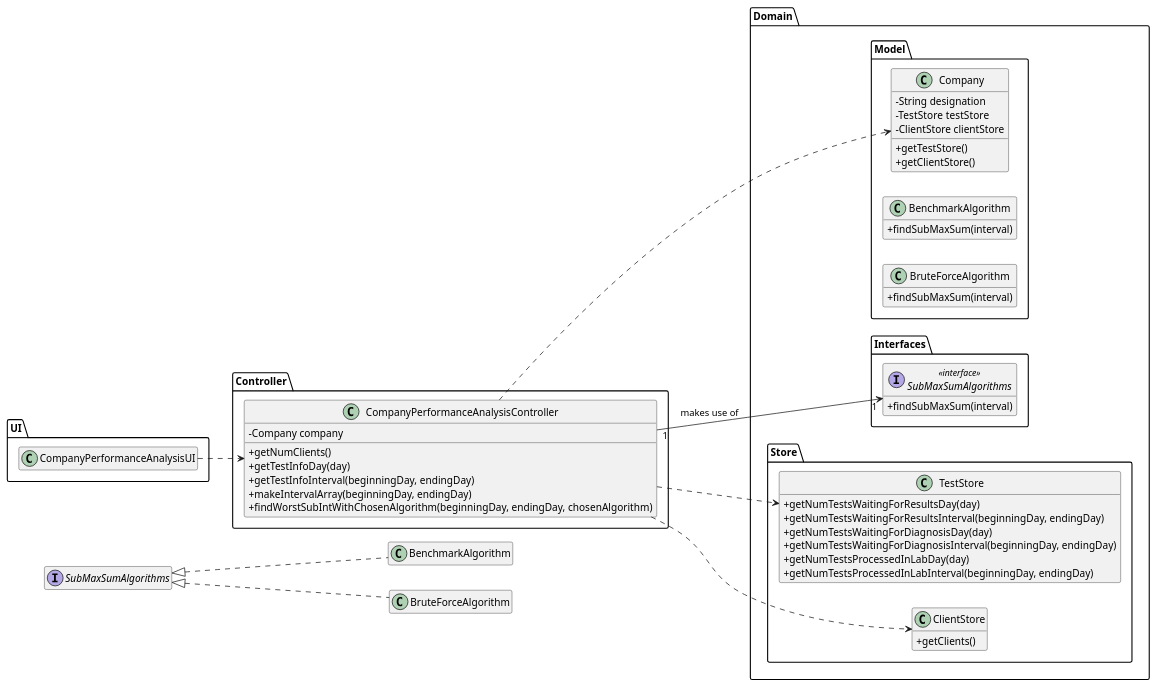
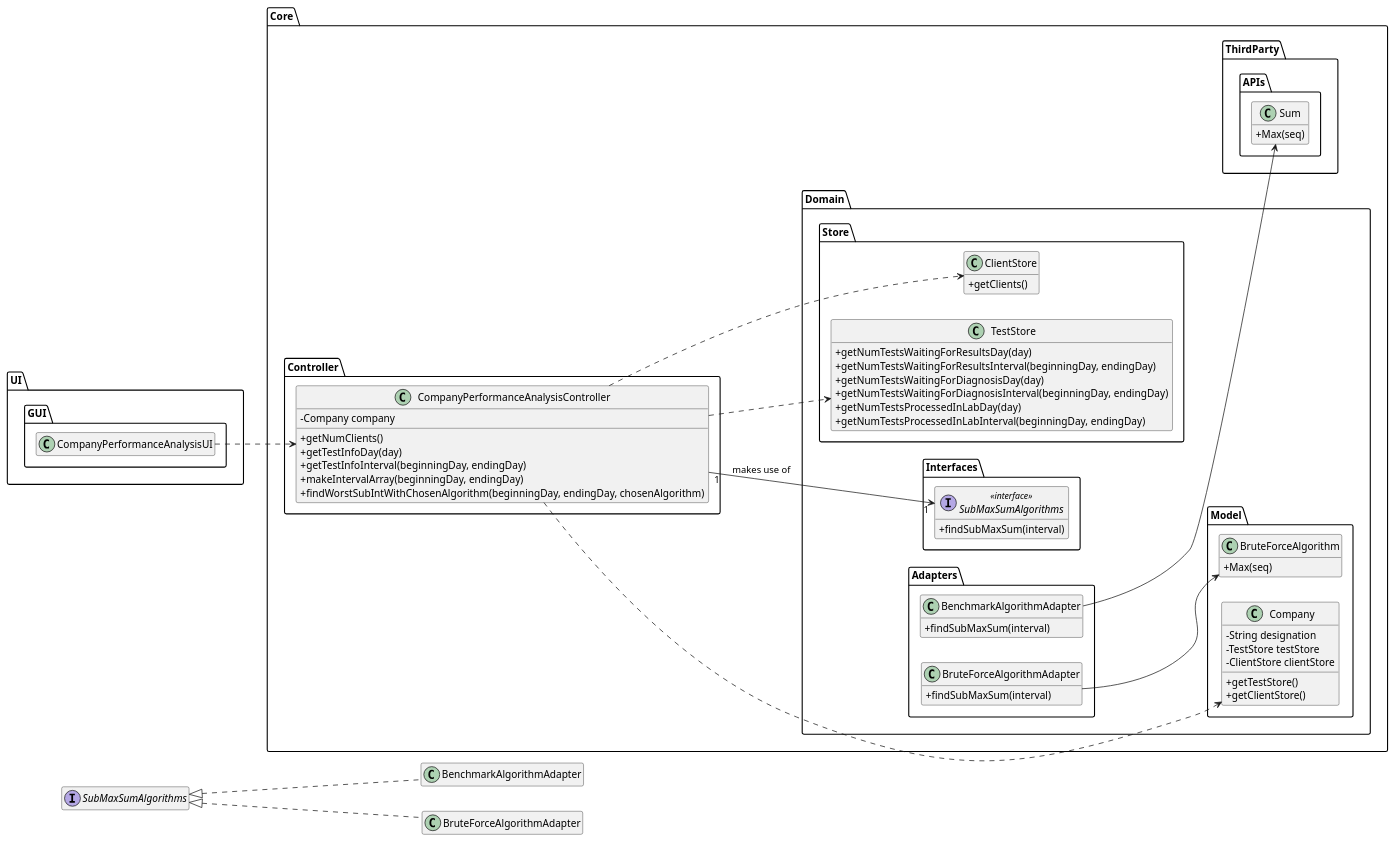
One commit to ana-albergaria/LAPR2-ISEP changed the diagram in docs/SprintD/US_16/US16_CD_WithPackages.puml. Above: the diagram before and after it, drawn with PlantUML. The commit also changed 8 other files, not shown here.

Commit message:
Updated US16 Diagrams and US16 Code.

```diff
--- a/docs/SprintD/US_16/US16_CD_WithPackages.puml
+++ b/docs/SprintD/US_16/US16_CD_WithPackages.puml
@@ -1,86 +1,116 @@
 @startuml
 'skinparam linetype ortho
 hide empty methods
 hide empty attributes
 left to right direction
 skinparam classAttributeIconSize 0
+
+package Core{
 
 package Domain {
 
 package Model{
 
 class Company {
     -String designation
     -TestStore testStore
     -ClientStore clientStore
     +getTestStore()
     +getClientStore()
 }
 
-class BenchmarkAlgorithm{
-    +findSubMaxSum(interval)
-}
-
 class BruteForceAlgorithm{
-    +findSubMaxSum(interval)
+    +Max(seq)
 }
 
 }
 
 package Interfaces {
 
 interface SubMaxSumAlgorithms <<interface>> {
     +findSubMaxSum(interval)
 }
 
 }
 
 package Store {
 
 class TestStore {
     +getNumTestsWaitingForResultsDay(day)
     +getNumTestsWaitingForResultsInterval(beginningDay, endingDay)
     +getNumTestsWaitingForDiagnosisDay(day)
     +getNumTestsWaitingForDiagnosisInterval(beginningDay, endingDay)
     +getNumTestsProcessedInLabDay(day)
     +getNumTestsProcessedInLabInterval(beginningDay, endingDay)
 }
 
 class ClientStore {
     +getClients()
 }
 
 }
 
+package Adapters{
+
+class BenchmarkAlgorithmAdapter{
+    +findSubMaxSum(interval)
+}
+
+class BruteForceAlgorithmAdapter{
+    +findSubMaxSum(interval)
+}
+
+}
+
 }
 
 package Controller {
 
 class CompanyPerformanceAnalysisController{
     -Company company
     +getNumClients()
     +getTestInfoDay(day)
     +getTestInfoInterval(beginningDay, endingDay)
     +makeIntervalArray(beginningDay, endingDay)
     +findWorstSubIntWithChosenAlgorithm(beginningDay, endingDay, chosenAlgorithm)
 }
 
 }
 
+package ThirdParty{
+
+package APIs {
+
+class Sum{
+    +Max(seq)
+}
+
+}
+
+}
+
+}
+
 package UI {
 
+package GUI{
+
 class CompanyPerformanceAnalysisUI{
+}
+
 }
 
 }
 
 CompanyPerformanceAnalysisUI ..> CompanyPerformanceAnalysisController
 CompanyPerformanceAnalysisController ..> Company
 CompanyPerformanceAnalysisController ..> ClientStore
 CompanyPerformanceAnalysisController ..> TestStore
 CompanyPerformanceAnalysisController "1" --> "1" SubMaxSumAlgorithms : makes use of
+BenchmarkAlgorithmAdapter --> Sum
+BruteForceAlgorithmAdapter --> BruteForceAlgorithm
 
-class BenchmarkAlgorithm implements SubMaxSumAlgorithms
-class BruteForceAlgorithm implements SubMaxSumAlgorithms
+class BenchmarkAlgorithmAdapter implements SubMaxSumAlgorithms
+class BruteForceAlgorithmAdapter implements SubMaxSumAlgorithms
 
 @enduml
```
